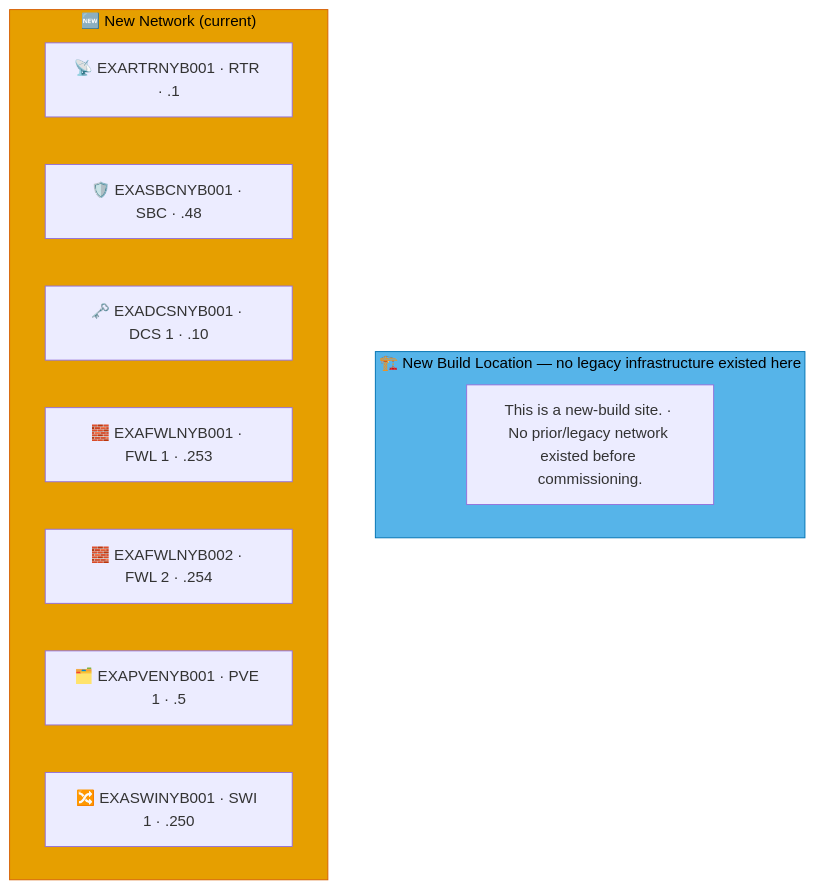
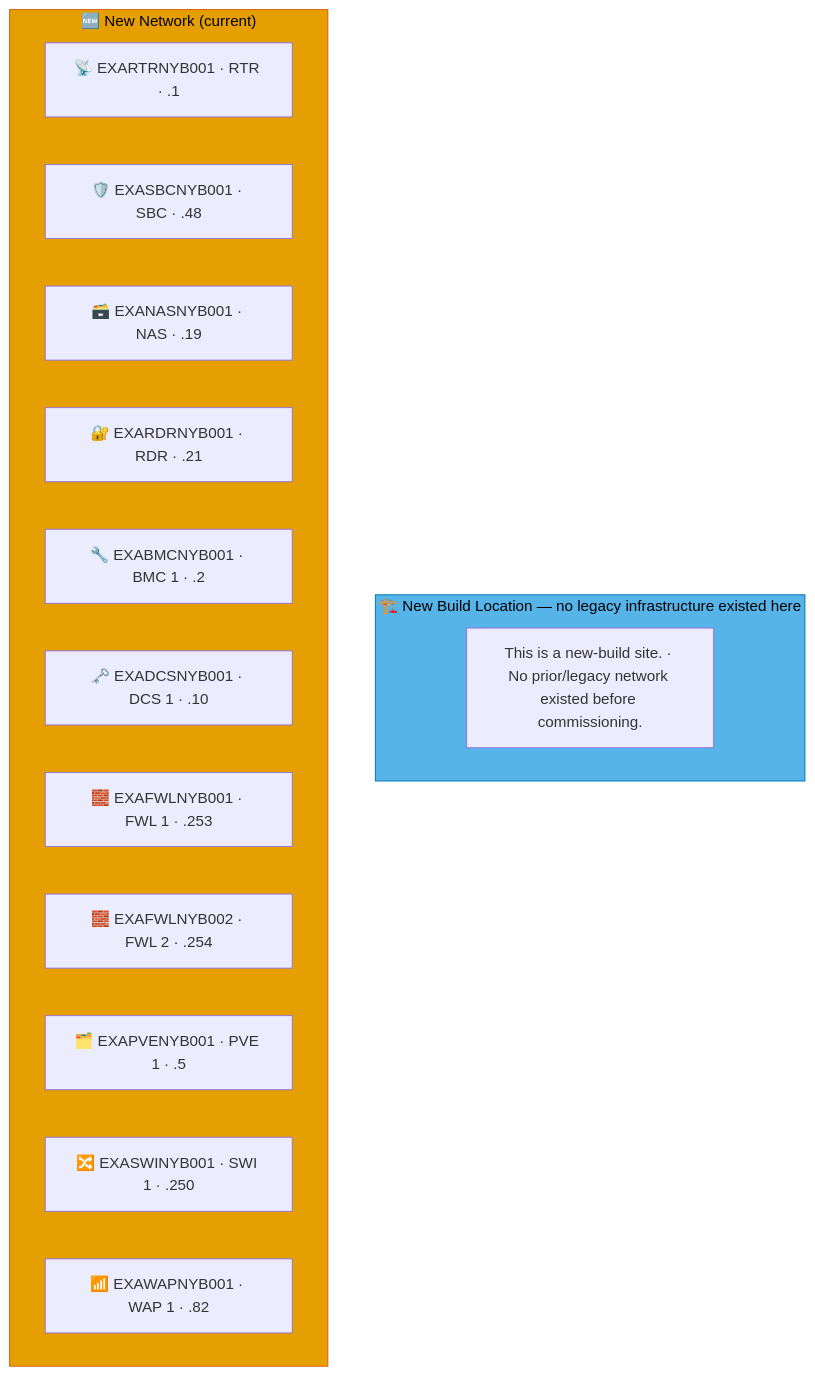
One commit to knightmare2600/example_music_infra changed the ninth of 9 diagrams in docs/network-diagram/danmark.md. Above: the diagram before and after it, drawn with Mermaid. The commit also changed other lines of this file and 15 other files, not shown here.

````diff
--- a/docs/network-diagram/danmark.md
+++ b/docs/network-diagram/danmark.md
@@ -390,19 +418,23 @@
 ```mermaid
 graph TD
     subgraph OLD_NYB ["🏗️ New Build Location — no legacy infrastructure existed here"]
       N_OLD_NOTE["This is a new-build site. · No prior/legacy network existed before commissioning."]
     end
     style OLD_NYB fill:#56B4E9,stroke:#0072B2,color:#000000
     %% GENERATED:NEW-NETWORK:NYB:START
     subgraph NEW_NYB ["🆕 New Network (current)"]
       N_RTR["📡 EXARTRNYB001 · RTR · .1"]
       N_SBC["🛡️ EXASBCNYB001 · SBC · .48"]
+      N_NAS["🗃️ EXANASNYB001 · NAS · .19"]
+      N_RDR["🔐 EXARDRNYB001 · RDR · .21"]
+      N_BMC["🔧 EXABMCNYB001 · BMC 1 · .2"]
       N_DCS["🗝️ EXADCSNYB001 · DCS 1 · .10"]
       N_FWL["🧱 EXAFWLNYB001 · FWL 1 · .253"]
       N_FWL2["🧱 EXAFWLNYB002 · FWL 2 · .254"]
       N_PVE["🗂️ EXAPVENYB001 · PVE 1 · .5"]
       N_SWI["🔀 EXASWINYB001 · SWI 1 · .250"]
+      N_WAP["📶 EXAWAPNYB001 · WAP 1 · .82"]
     end
     style NEW_NYB fill:#E69F00,stroke:#D55E00,color:#000000
     %% GENERATED:NEW-NETWORK:NYB:END
 ```
````
